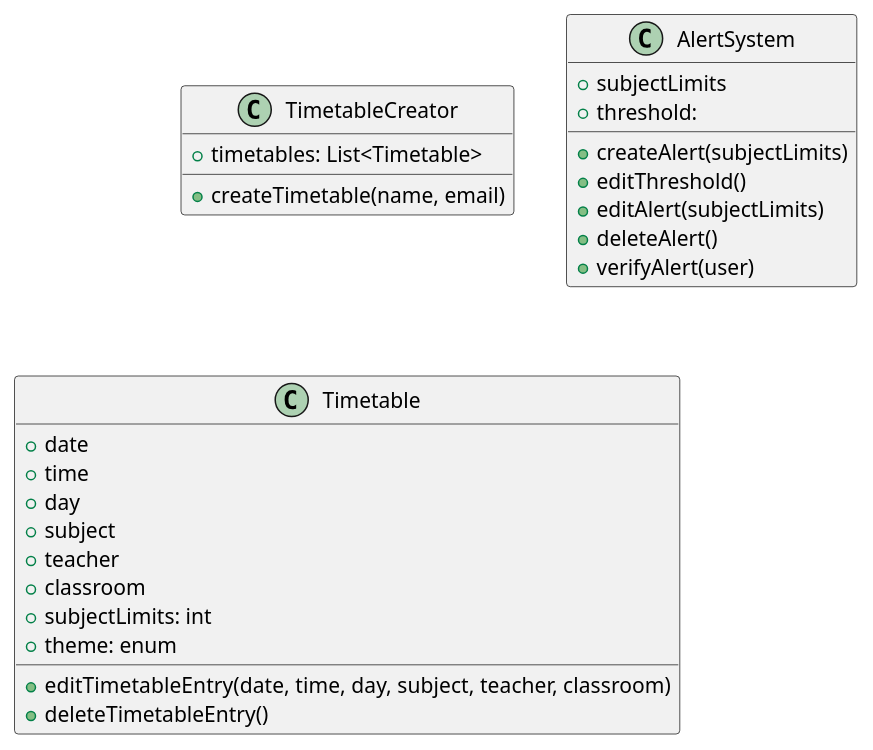
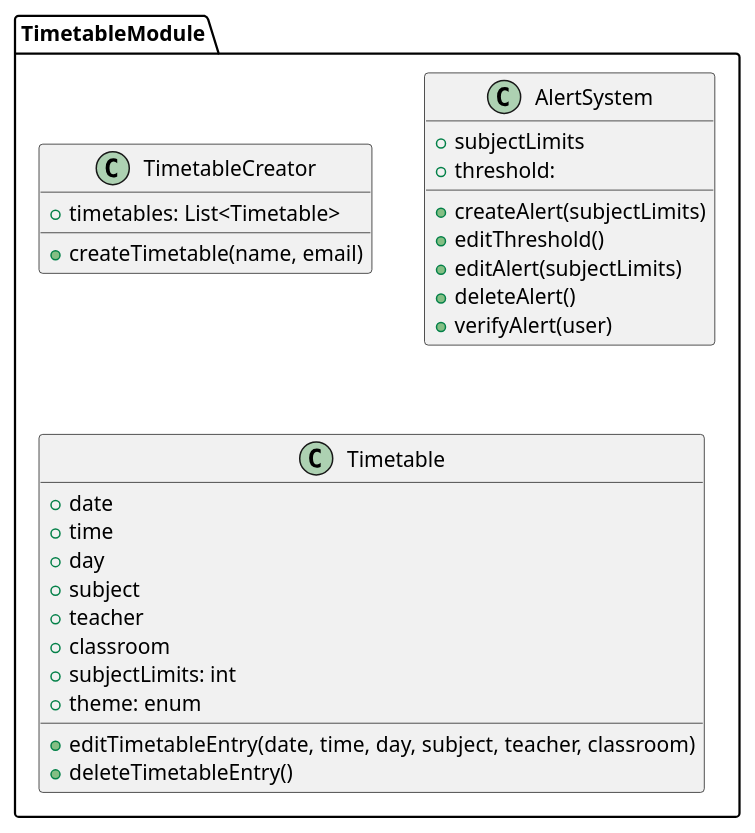
Before and after one commit to anshium/DASS-Assignment-3-IMS-System-Design: the diagram in timetable.plantuml, drawn with PlantUML. The commit also changed 9 other files, not shown here.

```diff
--- a/timetable.plantuml
+++ b/timetable.plantuml
@@ -1,35 +1,35 @@
 @startuml timetable
+package TimetableModule {
+	class TimetableCreator {
+		+ timetables: List<Timetable>
 
-class TimetableCreator {
-    + timetables: List<Timetable>
+		+ createTimetable(name, email)
+	}
 
-    + createTimetable(name, email)
+	class AlertSystem {
+		+ subjectLimits
+		+ threshold: 
+		'(Maximum number of subjects per week)'
+		
+		+ createAlert(subjectLimits)
+		+ editThreshold()
+		+ editAlert(subjectLimits)
+		+ deleteAlert()
+		+ verifyAlert(user)
+	}
+
+	class Timetable {
+		+ date
+		+ time
+		+ day
+		+ subject
+		+ teacher
+		+ classroom
+		+ subjectLimits: int
+		+ theme: enum
+
+		+ editTimetableEntry(date, time, day, subject, teacher, classroom)
+		+ deleteTimetableEntry()
+	}
 }
-
-class AlertSystem {
-    + subjectLimits
-    + threshold: 
-	'(Maximum number of subjects per week)'
-	
-    + createAlert(subjectLimits)
-	+ editThreshold()
-    + editAlert(subjectLimits)
-    + deleteAlert()
-    + verifyAlert(user)
-}
-
-class Timetable {
-    + date
-    + time
-    + day
-    + subject
-    + teacher
-    + classroom
-    + subjectLimits: int
-	+ theme: enum
-
-    + editTimetableEntry(date, time, day, subject, teacher, classroom)
-    + deleteTimetableEntry()
-}
-
 @enduml
```
